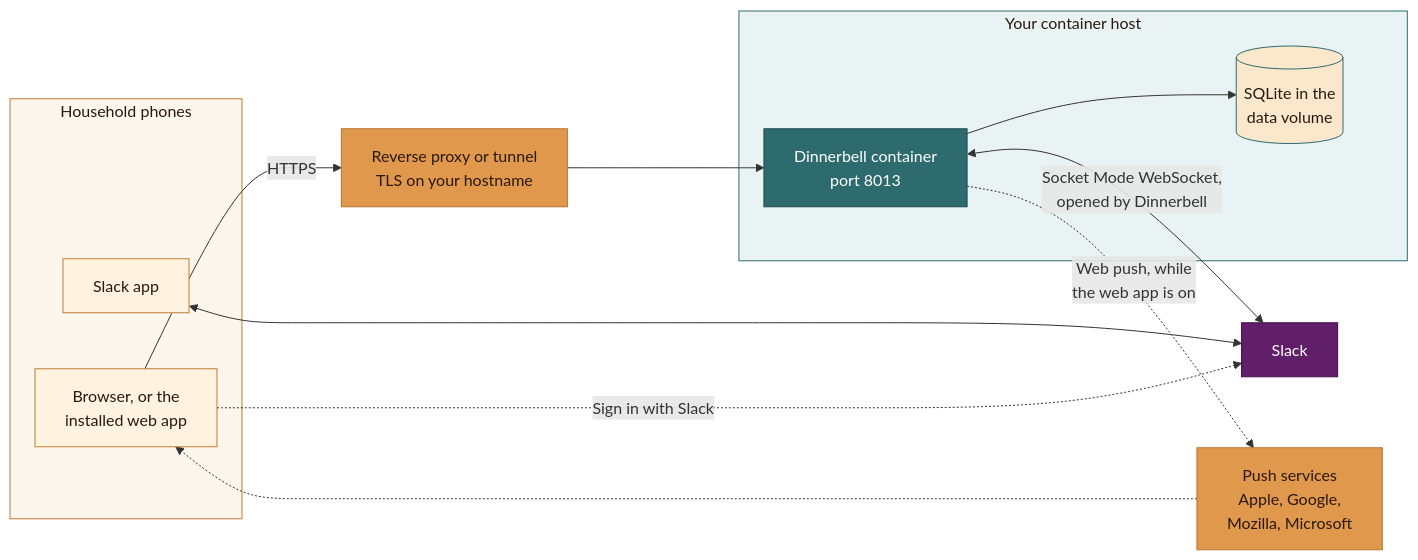
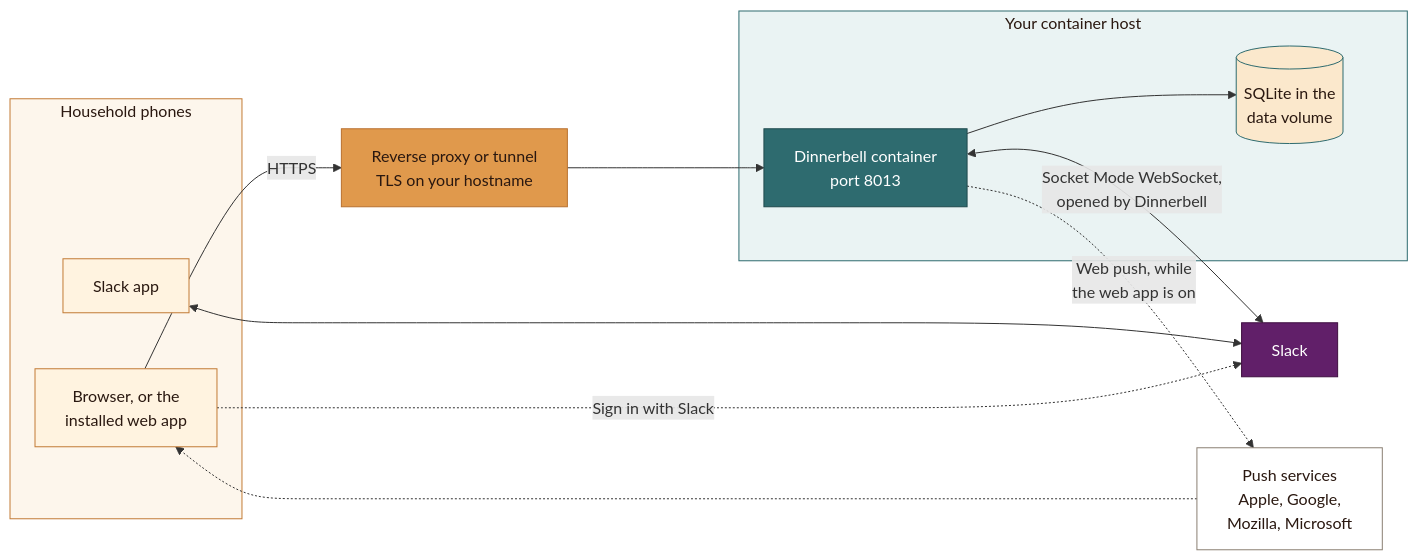
One commit to dsmorgan/dinnerbell changed the second of 2 diagrams in README.md. Above: the diagram before and after it, drawn with Mermaid. The commit also changed other lines of this file and 8 other files, not shown here.

````diff
--- a/README.md
+++ b/README.md
@@ -61,39 +61,40 @@
 ```mermaid
 flowchart LR
     subgraph phones["Household phones"]
         slackapp["Slack app"]
         browser["Browser, or the<br/>installed web app"]
     end
 
     slack["Slack"]
     push["Push services<br/>Apple, Google,<br/>Mozilla, Microsoft"]
     proxy["Reverse proxy or tunnel<br/>TLS on your hostname"]
 
     subgraph host["Your container host"]
         app["Dinnerbell container<br/>port 8013"]
         db[("SQLite in the<br/>data volume")]
     end
 
     slackapp <--> slack
     app <-->|"Socket Mode WebSocket,<br/>opened by Dinnerbell"| slack
     browser -->|"HTTPS"| proxy
     browser -.->|"Sign in with Slack"| slack
     proxy --> app
     app -.->|"Web push, while<br/>the web app is on"| push
     push -.-> browser
     app --> db
 
     classDef device fill:#FFF3E0,stroke:#C27A34,color:#2A1810
     classDef slackc fill:#611F69,stroke:#3F0E40,color:#FFFFFF
     classDef proxyc fill:#E0994C,stroke:#B9712F,color:#2A1810
     classDef appc fill:#2E6B6F,stroke:#1F4A4D,color:#FFFFFF
     classDef dbc fill:#FBE8CC,stroke:#2E6B6F,color:#2A1810
+    classDef ext fill:#FFFFFF,stroke:#8A7F72,color:#2A1810
     class slackapp,browser device
     class slack slackc
-    class push proxyc
+    class push ext
     class proxy proxyc
     class app appc
     class db dbc
     style phones fill:#FDF6EC,stroke:#C27A34,color:#2A1810
     style host fill:#EAF3F3,stroke:#2E6B6F,color:#2A1810
 ```
````
